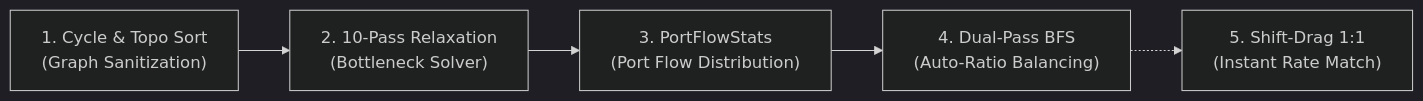
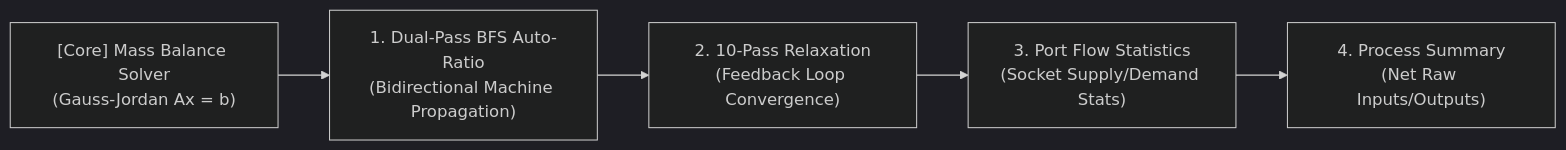
Before and after one commit to Amvermain/GregTechCalculatorBoard: the diagram in docs/en_us/spec/02_MATH_AND_ALGORITHMS.md, drawn with Mermaid (dark theme). The commit also changed other lines of this file and 191 other files, not shown here.

````diff
--- a/docs/en_us/spec/02_MATH_AND_ALGORITHMS.md
+++ b/docs/en_us/spec/02_MATH_AND_ALGORITHMS.md
@@ -79,7 +111,7 @@
 ```mermaid
 flowchart LR
-    A["1. Cycle & Topo Sort<br/>(Graph Sanitization)"] --> B["2. 10-Pass Relaxation<br/>(Bottleneck Solver)"]
-    B --> C["3. PortFlowStats<br/>(Port Flow Distribution)"]
-    C --> D["4. Dual-Pass BFS<br/>(Auto-Ratio Balancing)"]
-    D -.-> E["5. Shift-Drag 1:1<br/>(Instant Rate Match)"]
+    MBS["[Core] Mass Balance Solver<br/>(Gauss-Jordan Ax = b)"] --> DUAL["1. Dual-Pass BFS Auto-Ratio<br/>(Bidirectional Machine Propagation)"]
+    DUAL --> BOTTLENECK["2. 10-Pass Relaxation<br/>(Feedback Loop Convergence)"]
+    BOTTLENECK --> PORT["3. Port Flow Statistics<br/>(Socket Supply/Demand Stats)"]
+    PORT --> SUMMARY["4. Process Summary<br/>(Net Raw Inputs/Outputs)"]
 ```
````
